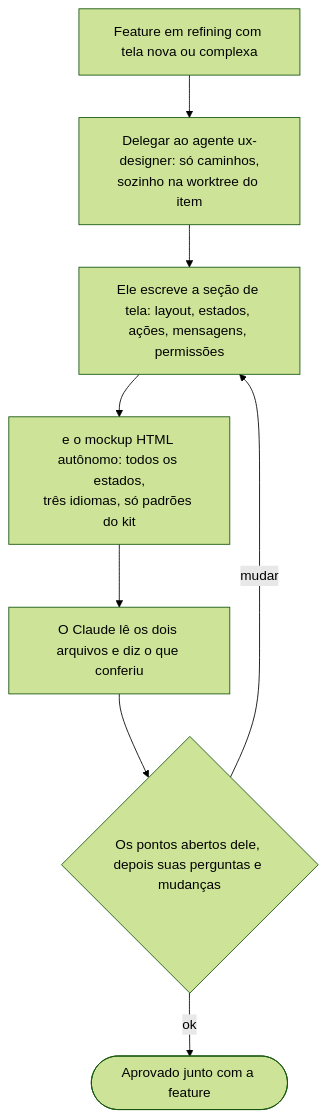
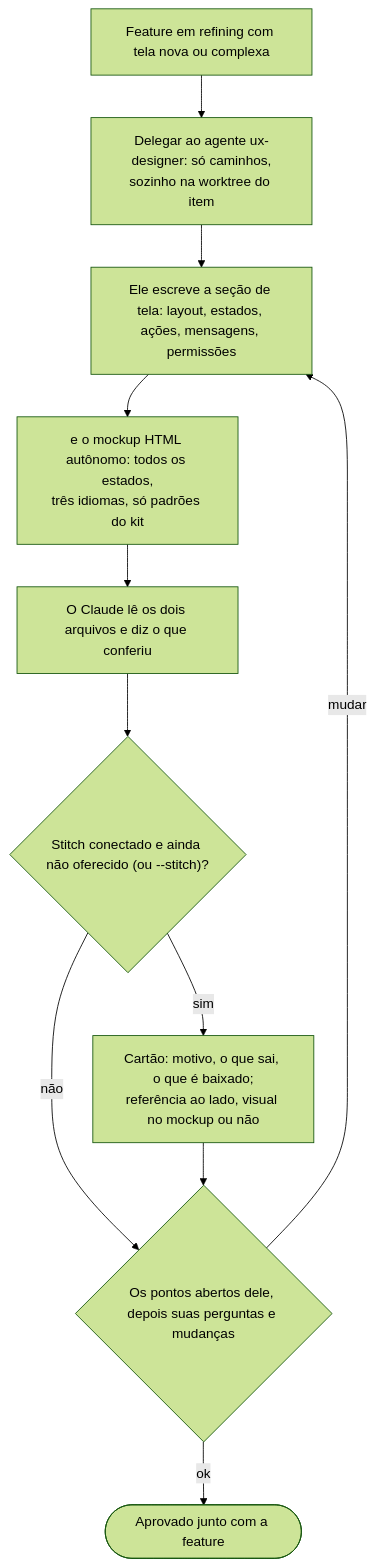
One commit to alexcanario/simulab changed the eighth of 24 diagrams in docs/agile/workflow.pt-BR.md. Above: the diagram before and after it, drawn with Mermaid (forest theme). The commit also changed other lines of this file and 5 other files, not shown here.

````diff
--- a/docs/agile/workflow.pt-BR.md
+++ b/docs/agile/workflow.pt-BR.md
@@ -1013,10 +1023,14 @@
 ```mermaid
 flowchart TD
     A["Feature em refining com tela nova ou complexa"] --> B["Delegar ao agente ux-designer: só caminhos,<br/>sozinho na worktree do item"]
     B --> C["Ele escreve a seção de tela: layout, estados, ações, mensagens, permissões"]
     C --> D["e o mockup HTML autônomo: todos os estados,<br/>três idiomas, só padrões do kit"]
     D --> D1["O Claude lê os dois arquivos e diz o que conferiu"]
-    D1 --> E{"Os pontos abertos dele, depois suas perguntas e mudanças"}
+    D1 --> D2{"Stitch conectado e ainda não oferecido (ou --stitch)?"}
+    D2 -->|sim| D3["Cartão: motivo, o que sai, o que é baixado;<br/>referência ao lado, visual no mockup ou não"]
+    D2 -->|não| E
+    D3 --> E
+    E{"Os pontos abertos dele, depois suas perguntas e mudanças"}
     E -->|mudar| C
     E -->|ok| F(["Aprovado junto com a feature"])
 ```
````
